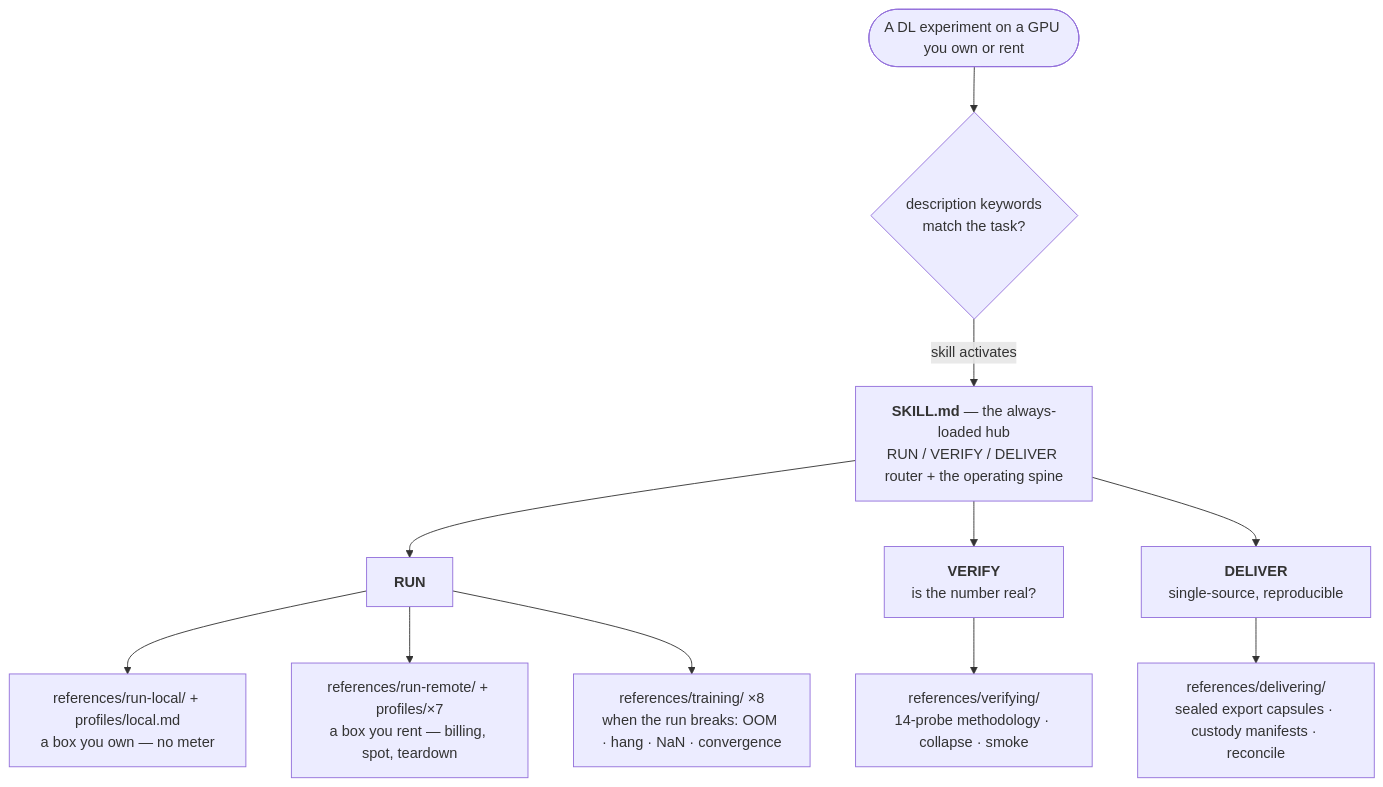
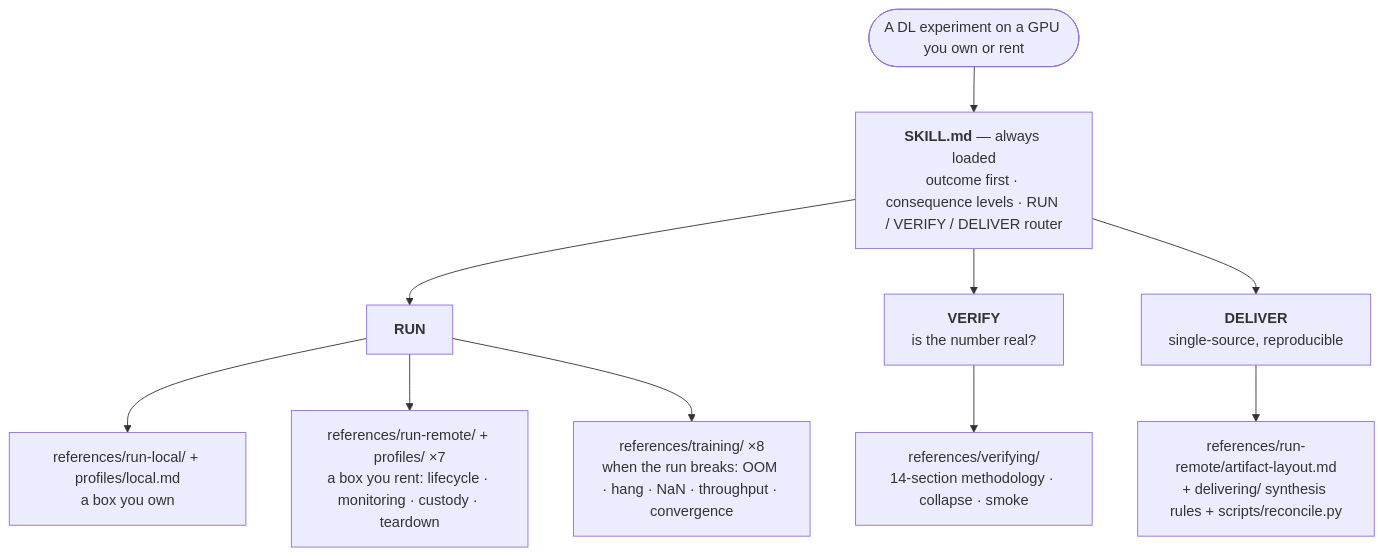
One commit to Hanyuyuan6/remote-gpu-trainer changed the diagram in README.md. Above: the diagram before and after it, drawn with Mermaid. The commit also changed other lines of this file and 48 other files, not shown here.

````diff
--- a/README.md
+++ b/README.md
@@ -40,15 +35,13 @@
 ```mermaid
 flowchart TD
-    TASK(["A DL experiment on a GPU you own or rent"])
-    TASK --> MATCH{"description keywords<br/>match the task?"}
-    MATCH -->|skill activates| HUB
-    HUB["<b>SKILL.md</b> — the always-loaded hub<br/>RUN / VERIFY / DELIVER router + the operating spine"]
+    TASK(["A DL experiment on a GPU you own or rent"]) --> HUB
+    HUB["<b>SKILL.md</b> — always loaded<br/>outcome first · consequence levels · RUN / VERIFY / DELIVER router"]
     HUB --> RUN["<b>RUN</b>"]
     HUB --> VER["<b>VERIFY</b><br/>is the number real?"]
     HUB --> DEL["<b>DELIVER</b><br/>single-source, reproducible"]
-    RUN --> RL["references/run-local/ + profiles/local.md<br/>a box you own — no meter"]
-    RUN --> RR["references/run-remote/ + profiles/×7<br/>a box you rent — billing, spot, teardown"]
-    RUN --> TR["references/training/ ×8<br/>when the run breaks: OOM · hang · NaN · convergence"]
-    VER --> VM["references/verifying/<br/>14-probe methodology · collapse · smoke"]
-    DEL --> DM["references/delivering/<br/>sealed export capsules · custody manifests · reconcile"]
+    RUN --> RL["references/run-local/ + profiles/local.md<br/>a box you own"]
+    RUN --> RR["references/run-remote/ + profiles/ ×7<br/>a box you rent: lifecycle · monitoring · custody · teardown"]
+    RUN --> TR["references/training/ ×8<br/>when the run breaks: OOM · hang · NaN · throughput · convergence"]
+    VER --> VM["references/verifying/<br/>14-section methodology · collapse · smoke"]
+    DEL --> DM["references/run-remote/artifact-layout.md<br/>+ delivering/ synthesis rules + scripts/reconcile.py"]
 ```
````
